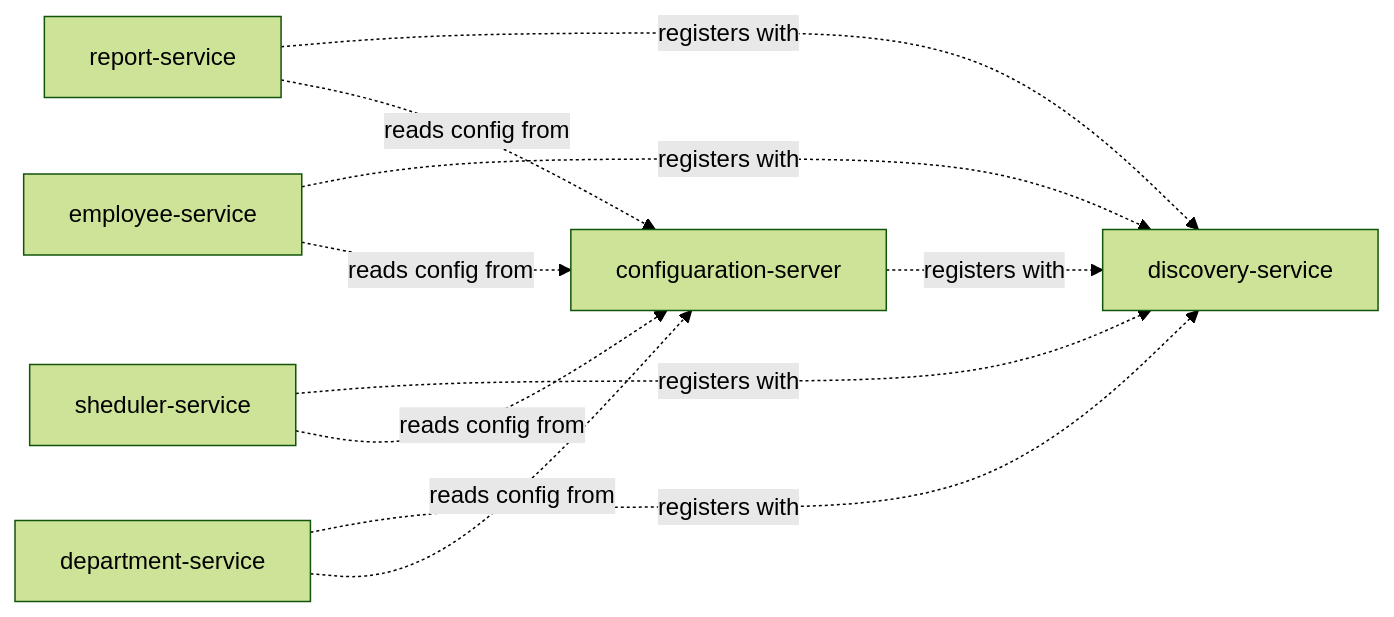
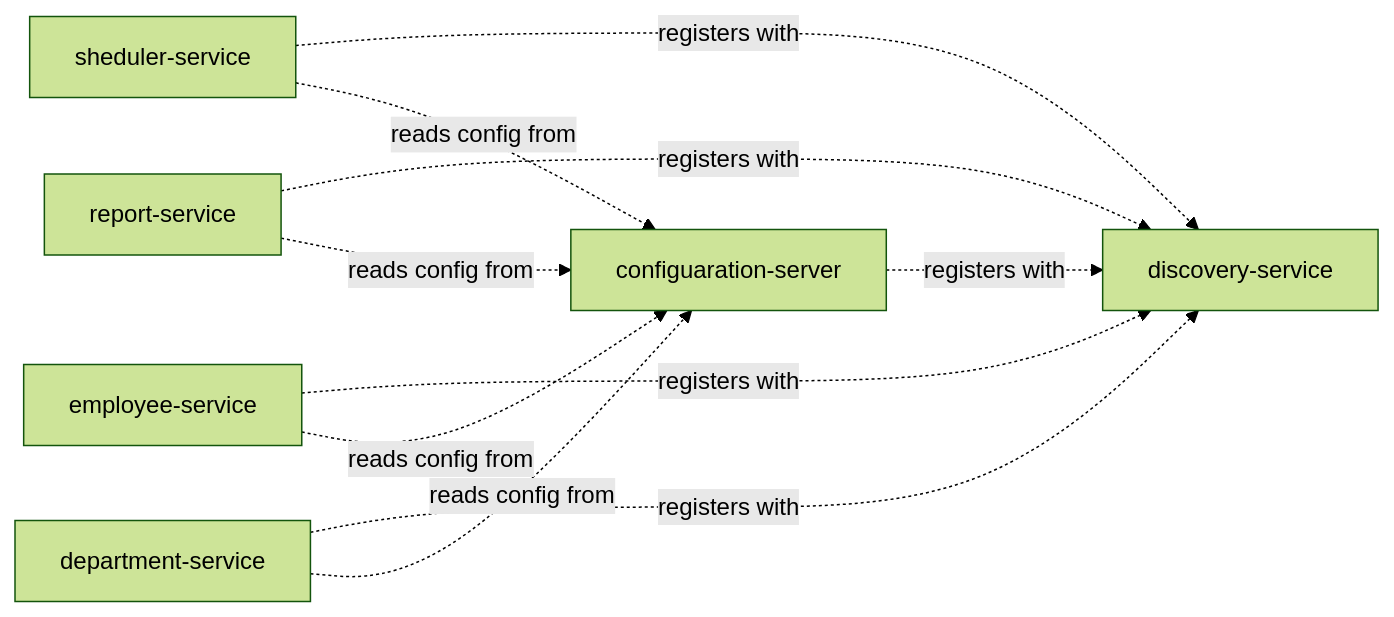
The diagram in docs/architecture.md (Udaradg/sample-java-project), drawn with Mermaid (forest theme) before and after one commit. The commit also changed other lines of this file and 9 other files, not shown here.

````diff
--- a/docs/architecture.md
+++ b/docs/architecture.md
@@ -20,18 +22,18 @@
 ```mermaid
 flowchart LR
+  sheduler_service["sheduler-service"]
+  sheduler_service -.->|registers with| discovery_service["discovery-service"]
+  sheduler_service -.->|reads config from| configuaration_server["configuaration-server"]
   report_service["report-service"]
   report_service -.->|registers with| discovery_service["discovery-service"]
   report_service -.->|reads config from| configuaration_server["configuaration-server"]
   employee_service["employee-service"]
   employee_service -.->|registers with| discovery_service["discovery-service"]
   employee_service -.->|reads config from| configuaration_server["configuaration-server"]
-  sheduler_service["sheduler-service"]
-  sheduler_service -.->|registers with| discovery_service["discovery-service"]
-  sheduler_service -.->|reads config from| configuaration_server["configuaration-server"]
   discovery_service["discovery-service"]
   department_service["department-service"]
   department_service -.->|registers with| discovery_service["discovery-service"]
   department_service -.->|reads config from| configuaration_server["configuaration-server"]
   configuaration_server["configuaration-server"]
   configuaration_server -.->|registers with| discovery_service["discovery-service"]
 ```
````
